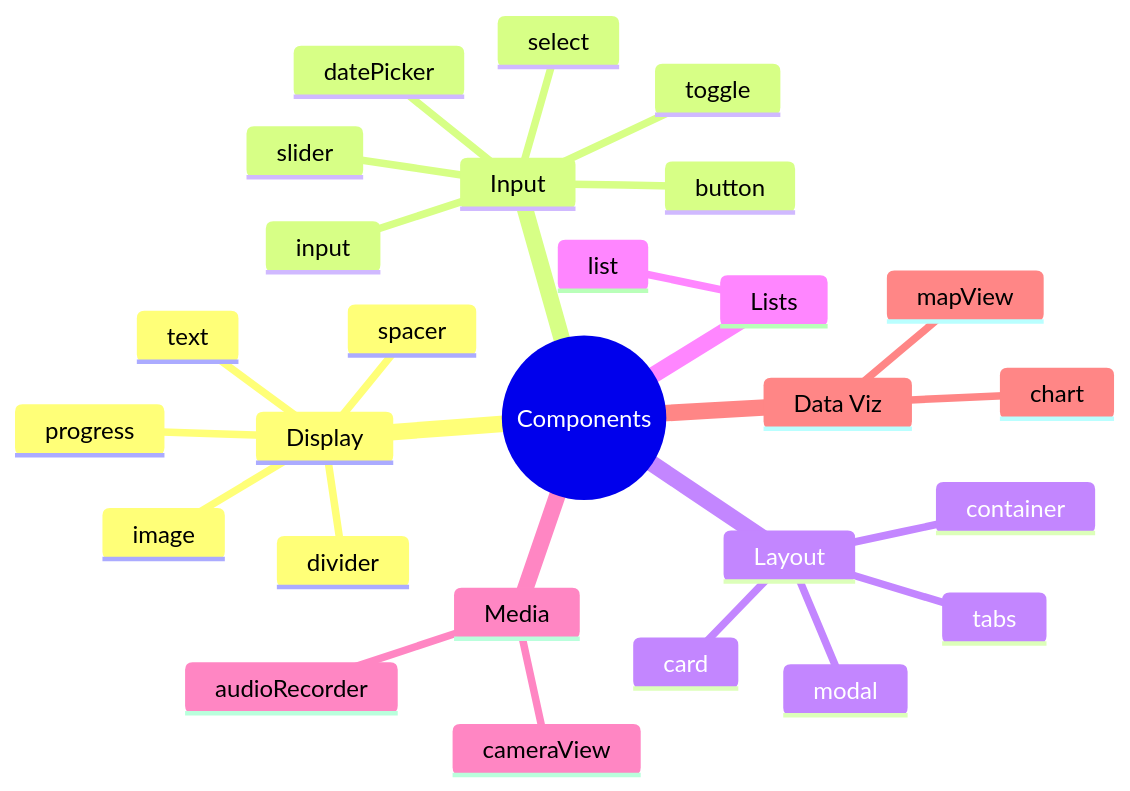
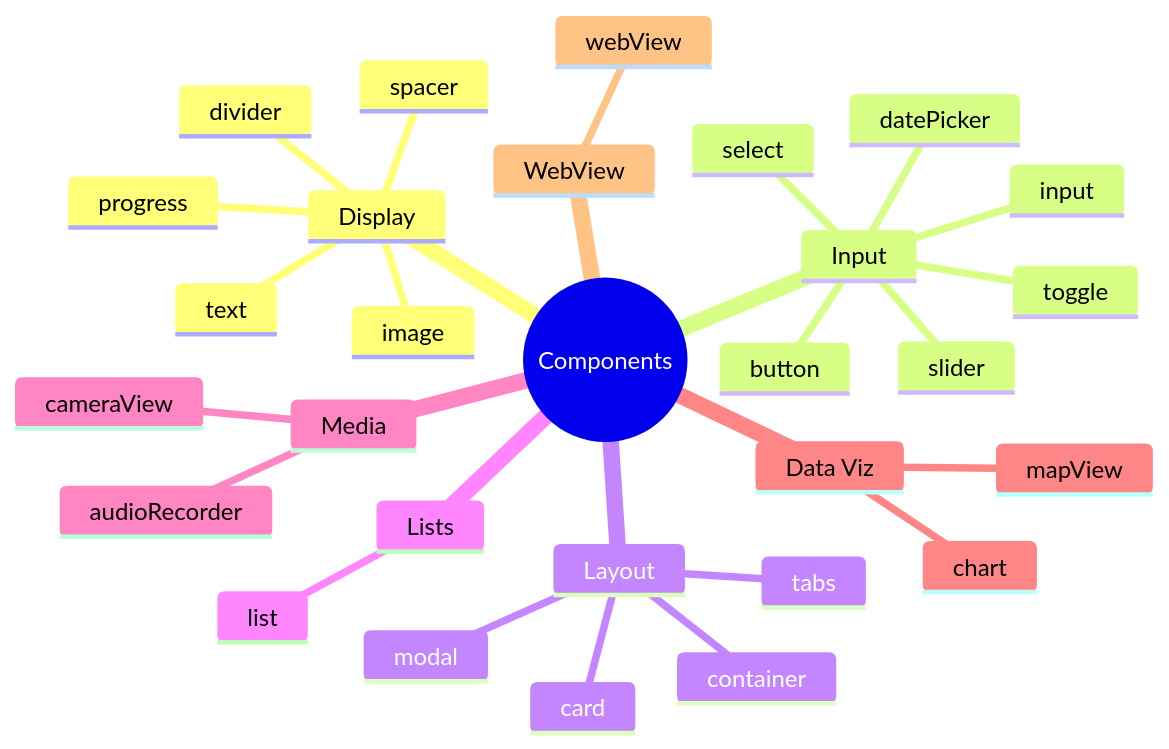
Before and after one commit to wartelth/baristapp: the diagram in docs/docs/schema/components.md, drawn with Mermaid. The commit also changed other lines of this file and 21 other files, not shown here.

Commit message:
Add WebView component and enhance expression engin  update MiniAppRenderer and ButtonRenderer for imp  roved functionality. Update documentation to reflect new features and action types.

````diff
--- a/docs/docs/schema/components.md
+++ b/docs/docs/schema/components.md
@@ -12,30 +12,32 @@
 ```mermaid
 mindmap
   root((Components))
     Display
       text
       image
       divider
       spacer
       progress
     Input
       button
       input
       slider
       toggle
       select
       datePicker
     Layout
       container
       card
       tabs
       modal
     Lists
       list
     Media
       cameraView
       audioRecorder
     Data Viz
       chart
       mapView
+    WebView
+      webView
 ```
````
